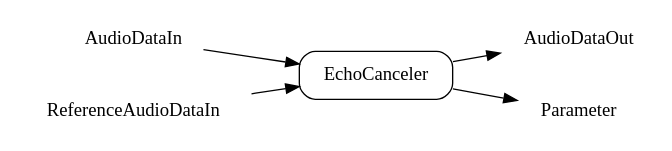
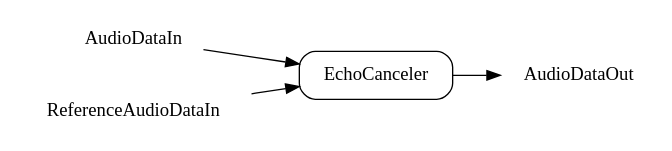
Before and after one commit to yosuke/OpenHRIAudio: the diagram in doc/echocanceler-ja.rst, drawn with Graphviz. The commit also changed other lines of this file and 23 other files, not shown here.

```diff
--- a/doc/echocanceler-ja.rst
+++ b/doc/echocanceler-ja.rst
@@ -27,12 +27,10 @@
 .. digraph:: comp
 
    rankdir=LR;
    EchoCanceler [shape=Mrecord, label="EchoCanceler"];
    AudioDataIn [shape=plaintext, label="AudioDataIn"];
    AudioDataIn -> EchoCanceler;
    ReferenceAudioDataIn [shape=plaintext, label="ReferenceAudioDataIn"];
    ReferenceAudioDataIn -> EchoCanceler;
    AudioDataOut [shape=plaintext, label="AudioDataOut"];
    EchoCanceler -> AudioDataOut;
-   Parameter [shape=plaintext, label="Parameter"];
-   EchoCanceler -> Parameter;
```
